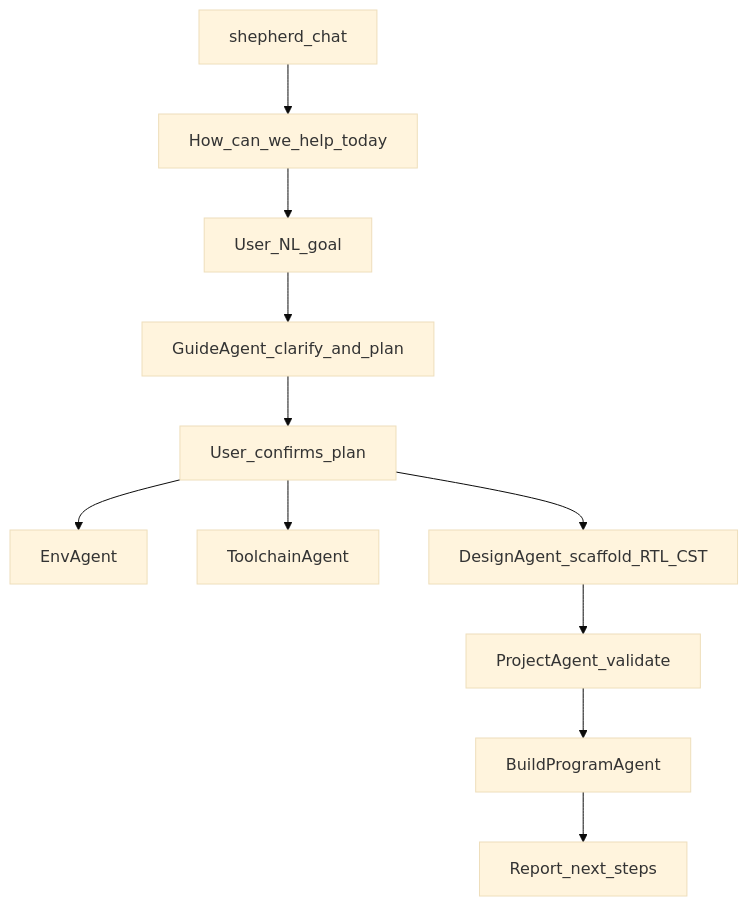
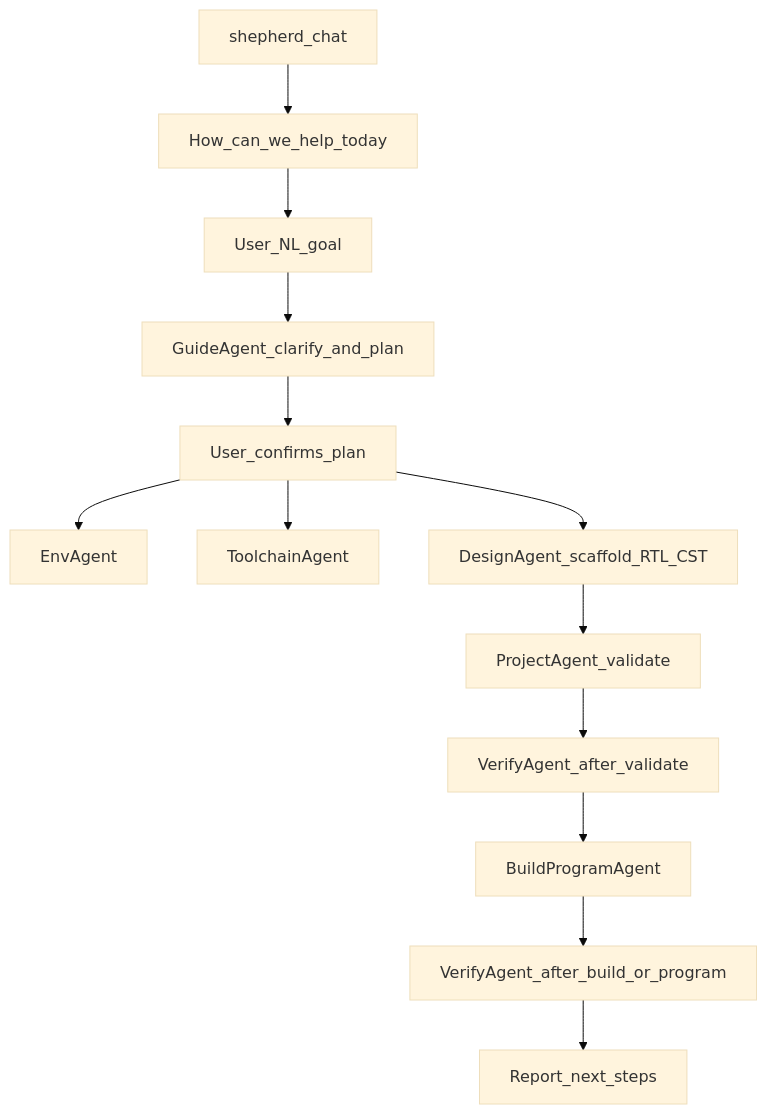
Before and after one commit to stepacool/FPGA-shepherd: the first of 2 diagrams in PLAN.md, drawn with Mermaid (base theme). The commit also changed other lines of this file, not shown here.

First line of the commit message:
Refine project plan for FPGA Shepherd by incorporating an automatic AI check after each validation, build, and programming step.

````diff
--- a/PLAN.md
+++ b/PLAN.md
@@ -25,13 +25,15 @@
 ```mermaid
 flowchart TD
   Start[shepherd_chat] --> Ask[How_can_we_help_today]
   Ask --> Goal[User_NL_goal]
   Goal --> Guide[GuideAgent_clarify_and_plan]
   Guide --> Confirm[User_confirms_plan]
   Confirm --> Env[EnvAgent]
   Confirm --> Toolchain[ToolchainAgent]
   Confirm --> Design[DesignAgent_scaffold_RTL_CST]
   Design --> Project[ProjectAgent_validate]
-  Project --> Build[BuildProgramAgent]
-  Build --> Done[Report_next_steps]
+  Project --> Verify1[VerifyAgent_after_validate]
+  Verify1 --> Build[BuildProgramAgent]
+  Build --> Verify2[VerifyAgent_after_build_or_program]
+  Verify2 --> Done[Report_next_steps]
 ```
````
